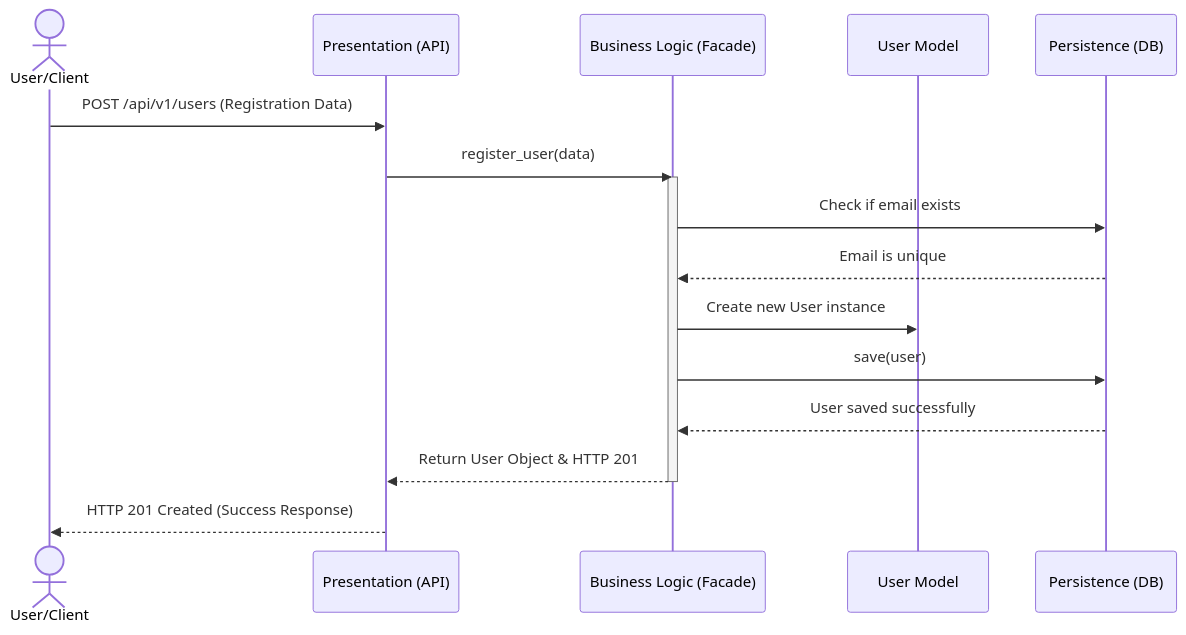
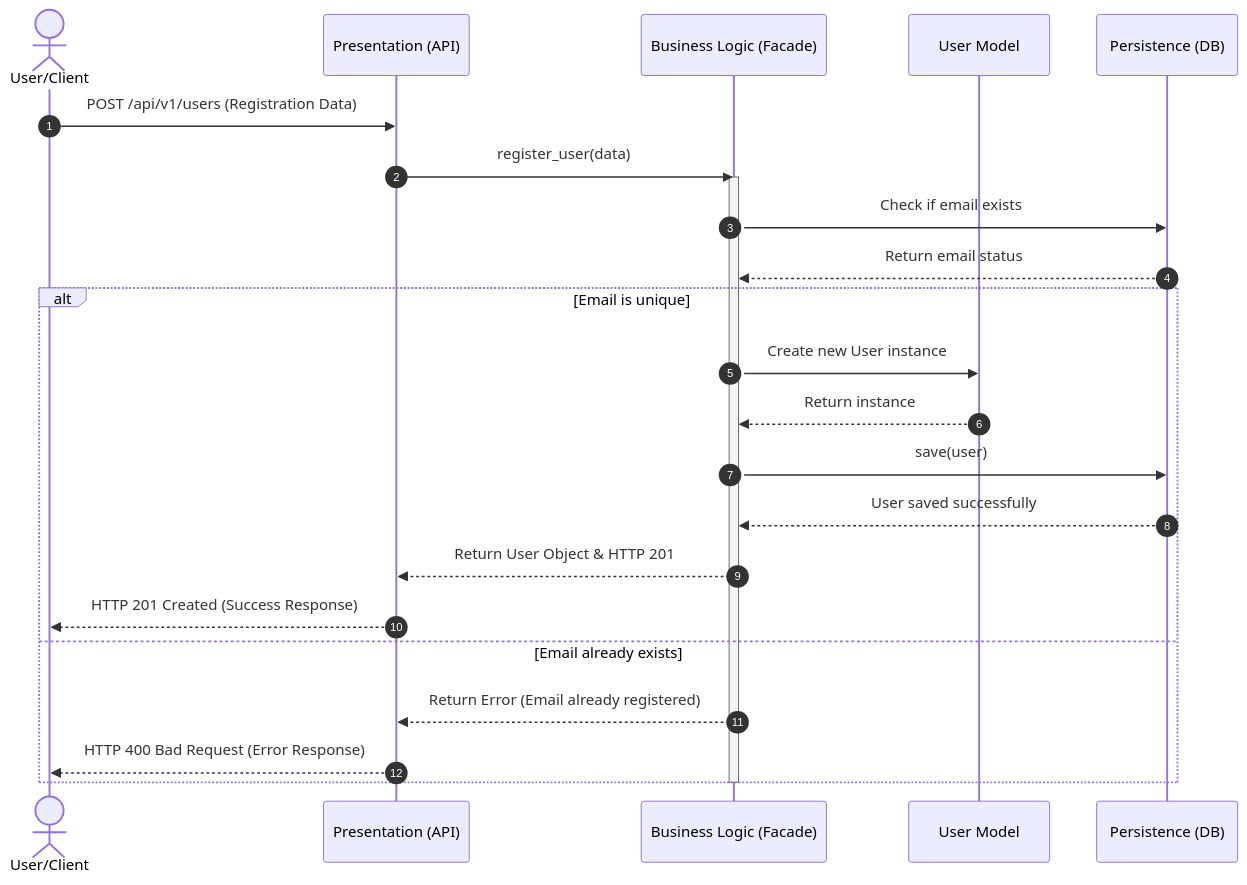
One commit to areej-alghamdi/holbertonschool-hbnb changed the first of 4 diagrams in part1/sequence_diagrams.md. Above: the diagram before and after it, drawn with Mermaid. The commit also changed other lines of this file, not shown here.

Commit message:
Add detailed sequence diagrams for HBnB

````diff
--- a/part1/sequence_diagrams.md
+++ b/part1/sequence_diagrams.md
@@ -8,20 +8,28 @@
 ```mermaid
 sequenceDiagram
-    actor Client as User/Client
+    autonumber
+    actor User as User/Client
     participant API as Presentation (API)
-    participant Facade as Business Logic (Facade)
-    participant Model as User Model
+    participant BL as Business Logic (Facade)
+    participant UM as User Model
     participant DB as Persistence (DB)
 
-    Client->>API: POST /api/v1/users (Registration Data)
-    API->>Facade: register_user(data)
-    activate Facade
-    Facade->>DB: Check if email exists
-    DB-->>Facade: Email is unique
-    Facade->>Model: Create new User instance
-    Facade->>DB: save(user)
-    DB-->>Facade: User saved successfully
-    Facade-->>API: Return User Object & HTTP 201
-    deactivate Facade
-    API-->>Client: HTTP 201 Created (Success Response)
+    User->>API: POST /api/v1/users (Registration Data)
+    API->>BL: register_user(data)
+    activate BL
+    BL->>DB: Check if email exists
+    DB-->>BL: Return email status
+
+    alt Email is unique
+        BL->>UM: Create new User instance
+        UM-->>BL: Return instance
+        BL->>DB: save(user)
+        DB-->>BL: User saved successfully
+        BL-->>API: Return User Object & HTTP 201
+        API-->>User: HTTP 201 Created (Success Response)
+    else Email already exists
+        BL-->>API: Return Error (Email already registered)
+        API-->>User: HTTP 400 Bad Request (Error Response)
+    end
+    deactivate BL
 ```
````
